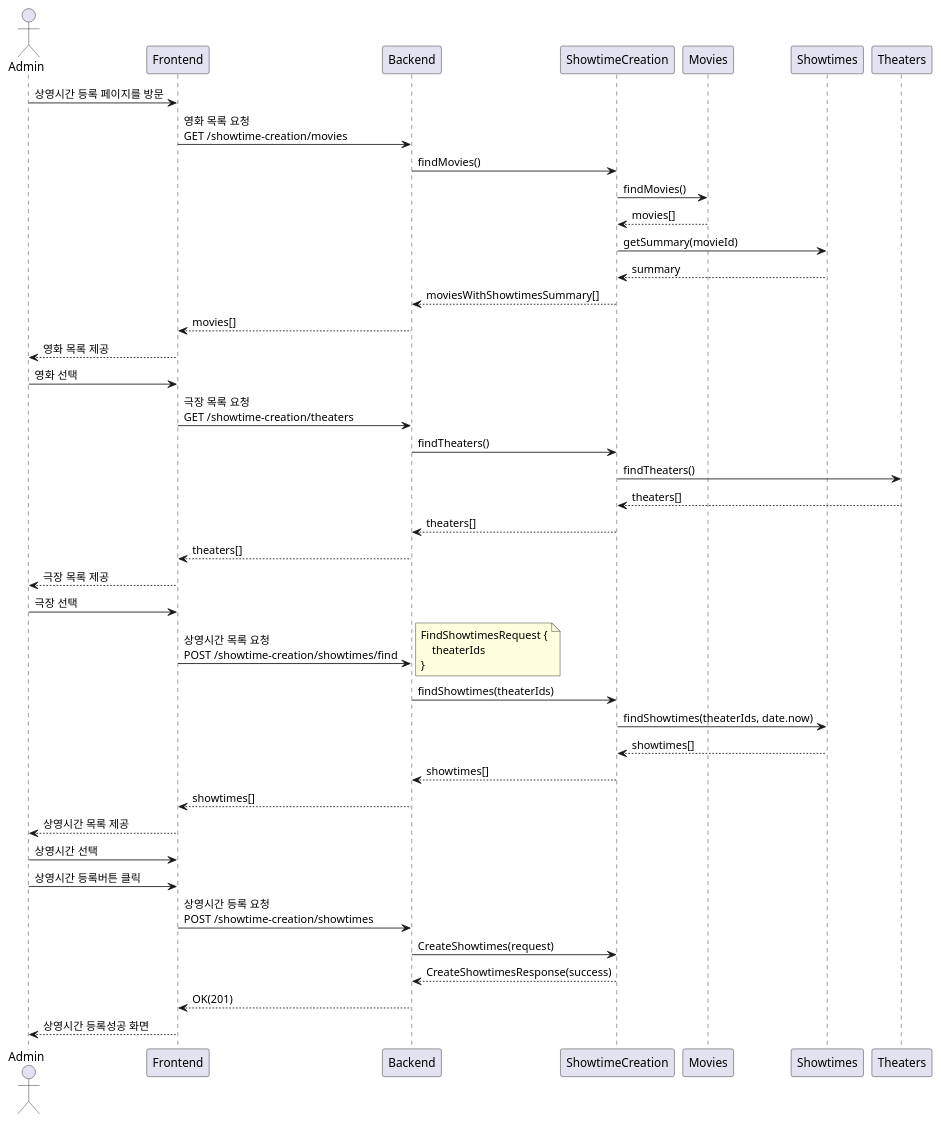
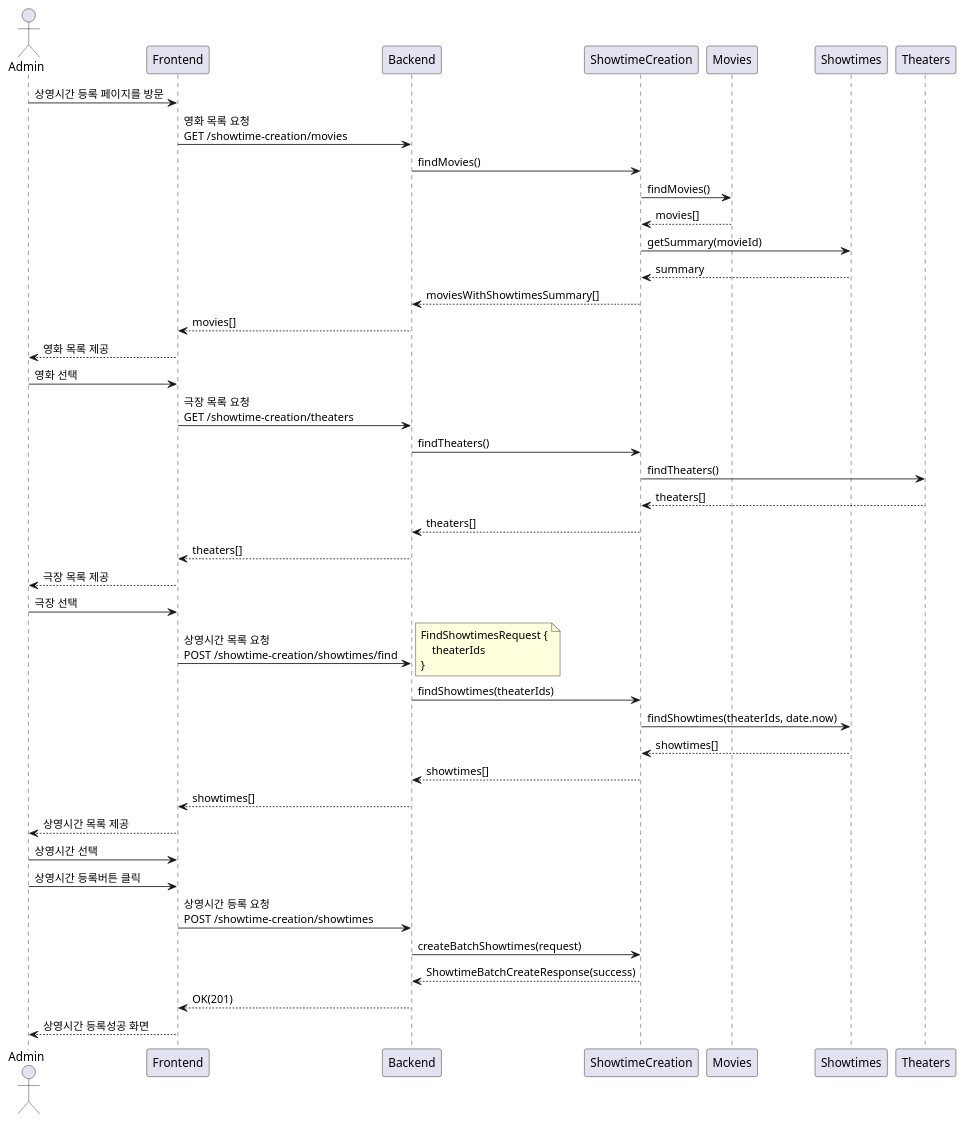
Before and after one commit to mannercode/nest-seed: the first of 4 diagrams in docs/showtime-creation.md, drawn with PlantUML. The commit also changed other lines of this file and 1 other file, not shown here.

````diff
--- a/docs/showtime-creation.md
+++ b/docs/showtime-creation.md
@@ -42,47 +42,47 @@
 ```plantuml
 @startuml
 actor Admin
 Admin -> Frontend: 상영시간 등록 페이지를 방문
     Frontend -> Backend:영화 목록 요청\nGET /showtime-creation/movies
         Backend -> ShowtimeCreation: findMovies()
             ShowtimeCreation -> Movies: findMovies()
             ShowtimeCreation <-- Movies: movies[]
             ShowtimeCreation -> Showtimes: getSummary(movieId)
             ShowtimeCreation <-- Showtimes: summary
         Backend <-- ShowtimeCreation: moviesWithShowtimesSummary[]
     Frontend <-- Backend: movies[]
 Admin <-- Frontend: 영화 목록 제공
 
 Admin -> Frontend: 영화 선택
     Frontend -> Backend:극장 목록 요청\nGET /showtime-creation/theaters
         Backend -> ShowtimeCreation: findTheaters()
             ShowtimeCreation -> Theaters: findTheaters()
             ShowtimeCreation <-- Theaters: theaters[]
         Backend <-- ShowtimeCreation: theaters[]
     Frontend <-- Backend: theaters[]
 Admin <-- Frontend: 극장 목록 제공
 
 Admin -> Frontend: 극장 선택
     Frontend -> Backend: 상영시간 목록 요청\nPOST /showtime-creation/showtimes/find
     note right
     FindShowtimesRequest {
         theaterIds
     }
     end note
         Backend -> ShowtimeCreation: findShowtimes(theaterIds)
             ShowtimeCreation -> Showtimes: findShowtimes(theaterIds, date.now)
             ShowtimeCreation <-- Showtimes: showtimes[]
         Backend <-- ShowtimeCreation: showtimes[]
     Frontend <-- Backend: showtimes[]
 Admin <-- Frontend: 상영시간 목록 제공
 
 Admin -> Frontend: 상영시간 선택
 
 Admin -> Frontend: 상영시간 등록버튼 클릭
     Frontend -> Backend: 상영시간 등록 요청\nPOST /showtime-creation/showtimes
-        Backend -> ShowtimeCreation: CreateShowtimes(request)
-        Backend <-- ShowtimeCreation: CreateShowtimesResponse(success)
+        Backend -> ShowtimeCreation: createBatchShowtimes(request)
+        Backend <-- ShowtimeCreation: ShowtimeBatchCreateResponse(success)
     Frontend <-- Backend: OK(201)
 Admin <-- Frontend: 상영시간 등록성공 화면
 @enduml
 ```
````
